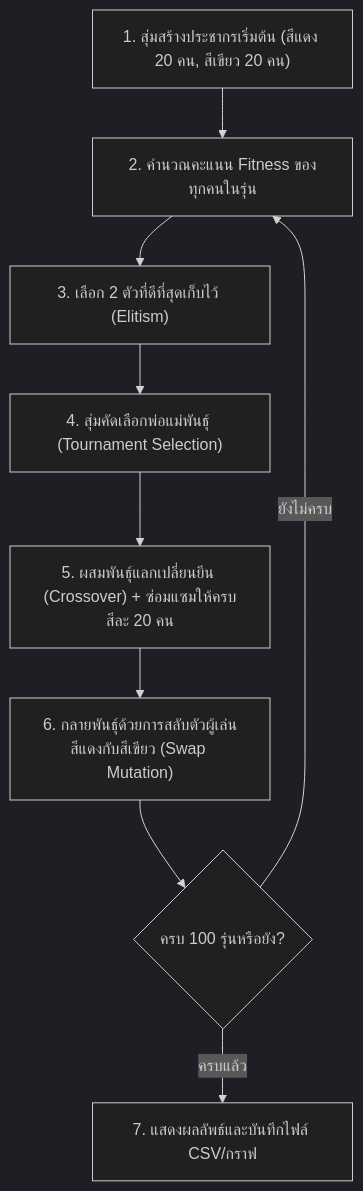
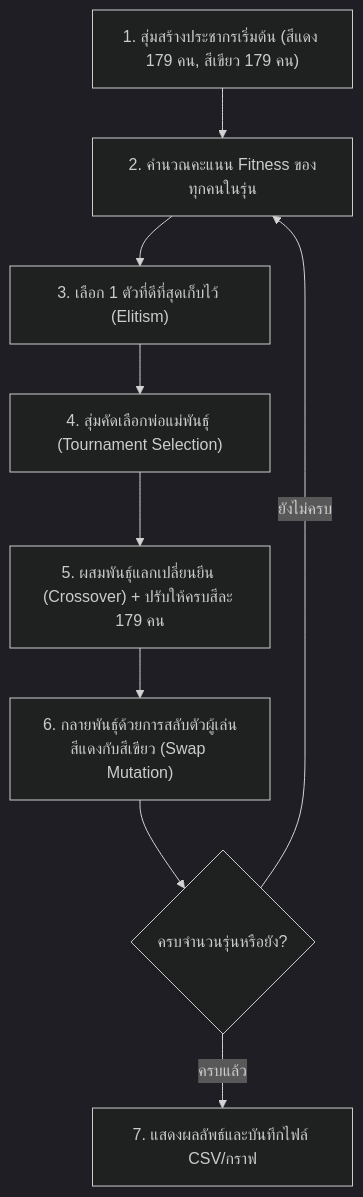
One commit to Name-Thinking/GA changed the diagram in README.md. Above: the diagram before and after it, drawn with Mermaid (dark theme). The commit also changed other lines of this file and 5 other files, not shown here.

````diff
--- a/README.md
+++ b/README.md
@@ -44,11 +34,11 @@
 ```mermaid
 flowchart TD
-    A["1. สุ่มสร้างประชากรเริ่มต้น (สีแดง 20 คน, สีเขียว 20 คน)"] --> B["2. คำนวณคะแนน Fitness ของทุกคนในรุ่น"]
-    B --> C["3. เลือก 2 ตัวที่ดีที่สุดเก็บไว้ (Elitism)"]
+    A["1. สุ่มสร้างประชากรเริ่มต้น (สีแดง 179 คน, สีเขียว 179 คน)"] --> B["2. คำนวณคะแนน Fitness ของทุกคนในรุ่น"]
+    B --> C["3. เลือก 1 ตัวที่ดีที่สุดเก็บไว้ (Elitism)"]
     C --> D["4. สุ่มคัดเลือกพ่อแม่พันธุ์ (Tournament Selection)"]
-    D --> E["5. ผสมพันธุ์แลกเปลี่ยนยีน (Crossover) + ซ่อมแซมให้ครบสีละ 20 คน"]
+    D --> E["5. ผสมพันธุ์แลกเปลี่ยนยีน (Crossover) + ปรับให้ครบสีละ 179 คน"]
     E --> F["6. กลายพันธุ์ด้วยการสลับตัวผู้เล่นสีแดงกับสีเขียว (Swap Mutation)"]
-    F --> G{"ครบ 100 รุ่นหรือยัง?"}
+    F --> G{"ครบจำนวนรุ่นหรือยัง?"}
     G -- ยังไม่ครบ --> B
     G -- ครบแล้ว --> H["7. แสดงผลลัพธ์และบันทึกไฟล์ CSV/กราฟ"]
 ```
````
